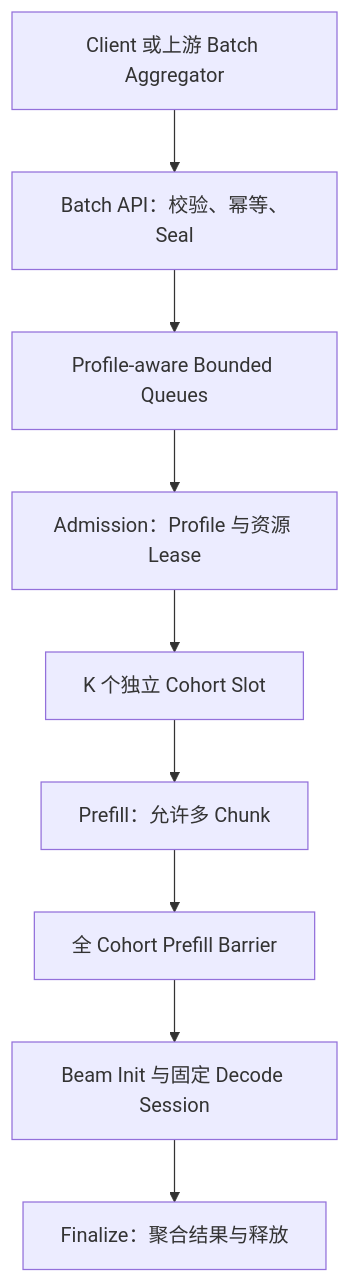
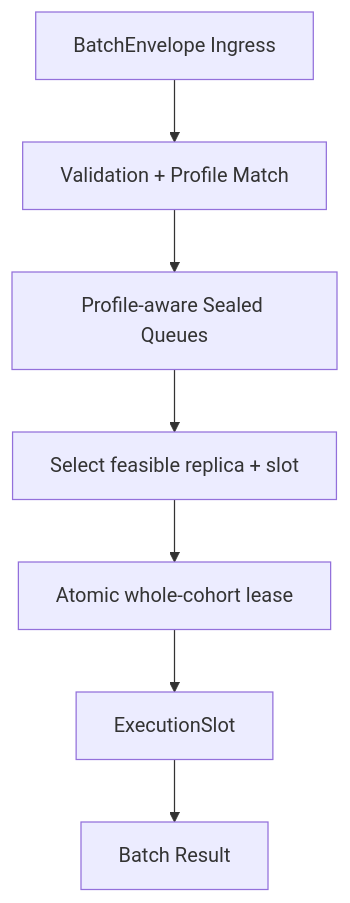
The seventh of 13 diagrams in GR/nearline_batch_scheduler_and_input_protocol_design.md (zhanghanleo10/gr-related), drawn with Mermaid before and after one commit. The commit also changed other lines of this file, not shown here.

````diff
--- a/GR/nearline_batch_scheduler_and_input_protocol_design.md
+++ b/GR/nearline_batch_scheduler_and_input_protocol_design.md
@@ -480,11 +313,9 @@
 ```mermaid
 flowchart TD
-    C["Client 或上游 Batch Aggregator"] --> V["Batch API：校验、幂等、Seal"]
-    V --> Q["Profile-aware Bounded Queues"]
-    Q --> A["Admission：Profile 与资源 Lease"]
-    A --> S["K 个独立 Cohort Slot"]
-    S --> P["Prefill：允许多 Chunk"]
-    P --> R["全 Cohort Prefill Barrier"]
-    R --> D["Beam Init 与固定 Decode Session"]
-    D --> F["Finalize：聚合结果与释放"]
+    I["BatchEnvelope Ingress"] --> V["Validation + Profile Match"]
+    V --> Q["Profile-aware Sealed Queues"]
+    Q --> D["Select feasible replica + slot"]
+    D --> A["Atomic whole-cohort lease"]
+    A --> S["ExecutionSlot"]
+    S --> O["Batch Result"]
 ```
````
